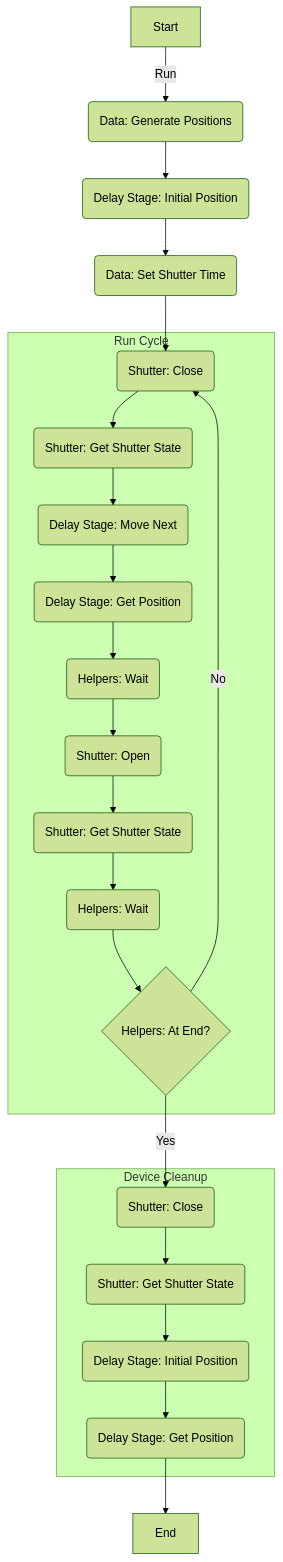
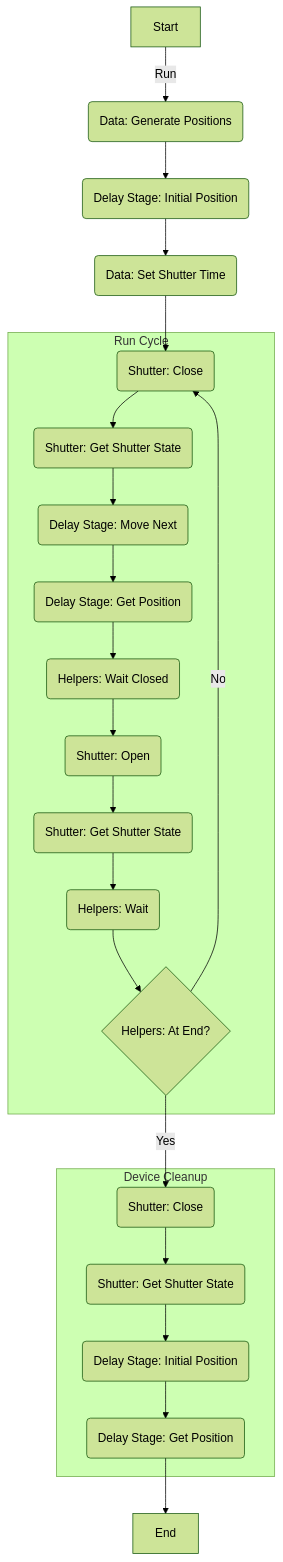
Before and after one commit to ManuelBridger/Delay-Shutter-Sync: the diagram in README.md, drawn with Mermaid (forest theme). The commit also changed other lines of this file, not shown here.

````diff
--- a/README.md
+++ b/README.md
@@ -5,41 +5,45 @@
 ```mermaid
+
 graph
 S[Start] 
 --> |Run|D:GP(Data: Generate Positions)
 --> DS:IP(Delay Stage: Initial Position)
 --> D:ST(Data: Set Shutter Time)
 --> S:C(Shutter: Close)
 --> S:GST(Shutter: Get Shutter State)
 --> DS:MN(Delay Stage: Move Next)
 --> DS:GP(Delay Stage: Get Position)
---> H:W(Helpers: Wait)
+--> H:W(Helpers: Wait Closed)
 --> S:O(Shutter: Open)
 --> S:GST2(Shutter: Get Shutter State) 
 --> H:W2(Helpers: Wait)
 --> H:E?{Helpers: At End?}
 H:E? --> |Yes| S:C2(Shutter: Close)
 H:E? --> |No| S:C
 S:C2 --> S:GST3(Shutter: Get Shutter State)
 --> DS:IP2(Delay Stage: Initial Position)
 --> DS:GP2(Delay Stage: Get Position)
 --> E[End];
 
 subgraph Run Cycle
     S:C
     S:GST
     DS:MN
     DS:GP
     H:W
     S:O
     S:GST2
     H:W2
     H:E?
 end
 
 subgraph Device Cleanup
 S:C2
 S:GST3
 DS:IP2
 DS:GP2
 end
+
+
+
 ```
````
